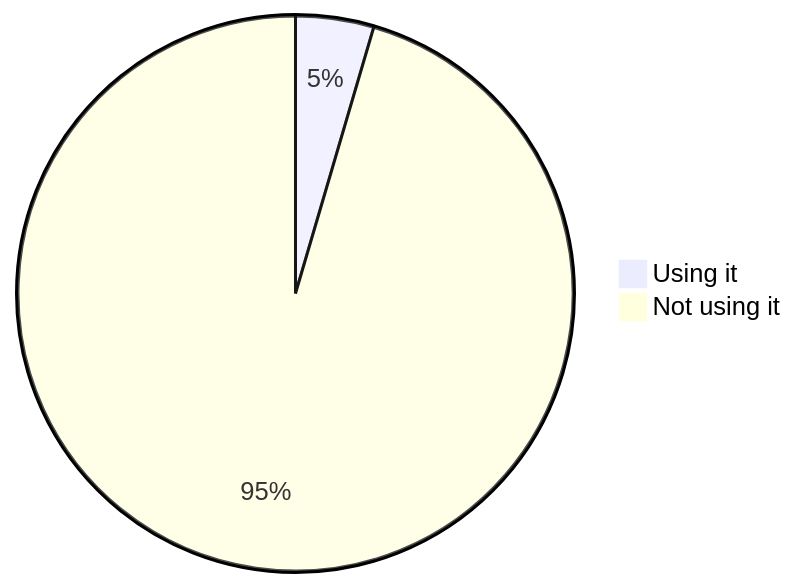
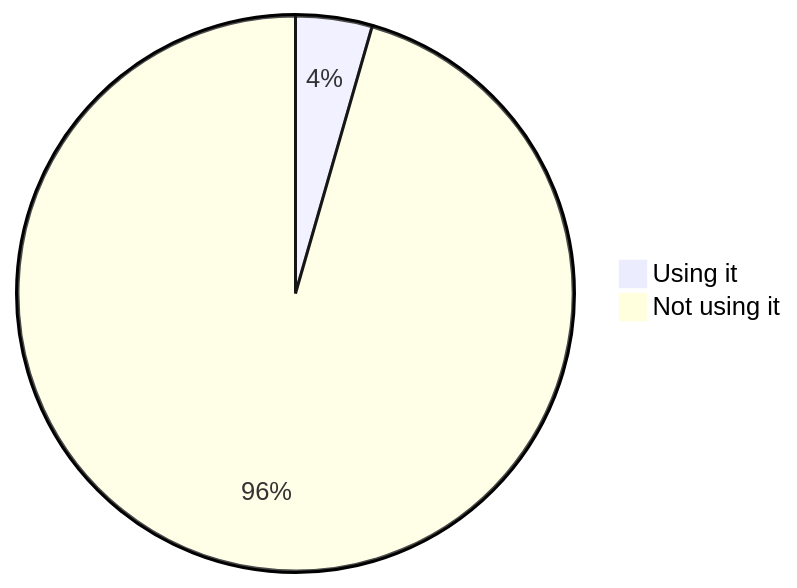
Before and after one commit to oshp/oshp-stats: diagram 11 of 22 in stats.md, drawn with Mermaid. The commit also changed other lines of this file, not shown here.

````diff
--- a/stats.md
+++ b/stats.md
@@ -130,6 +130,6 @@
 ```mermaid
 pie
-	"Using it" : 4.55
-	"Not using it" : 95.45
+	"Using it" : 4.45
+	"Not using it" : 95.55
 
 ```
````
